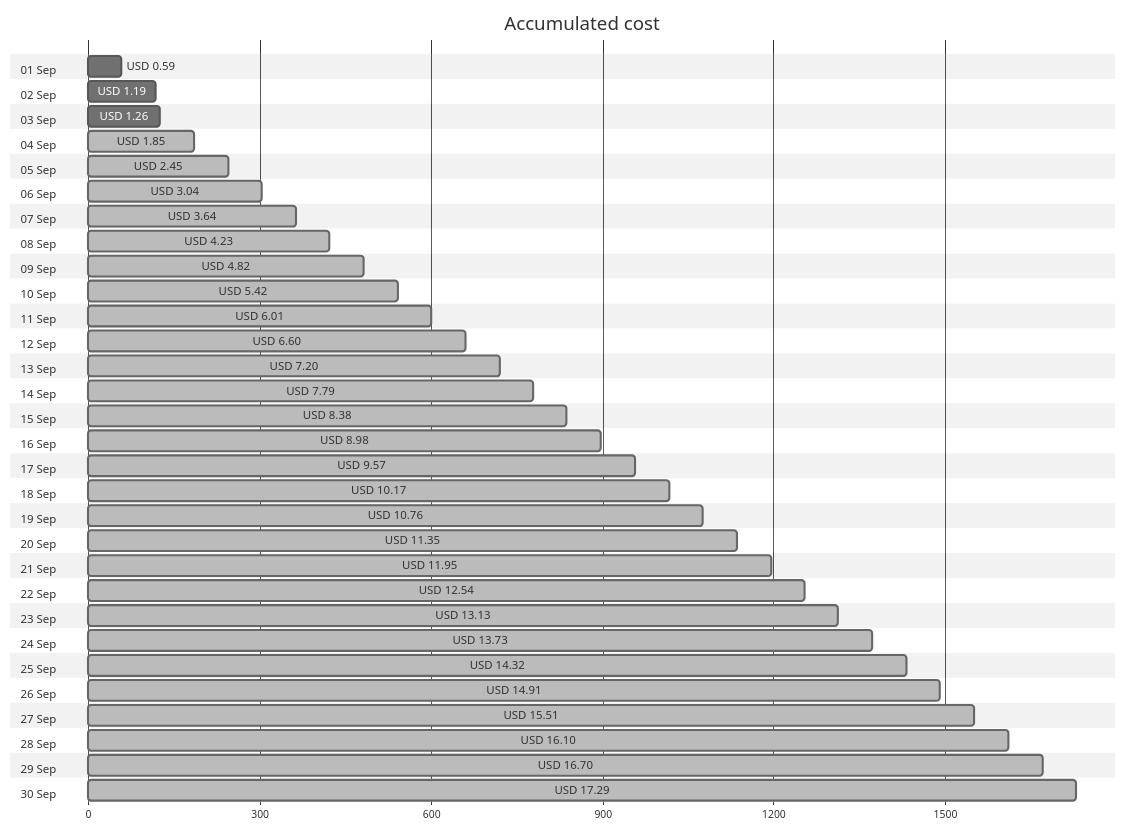
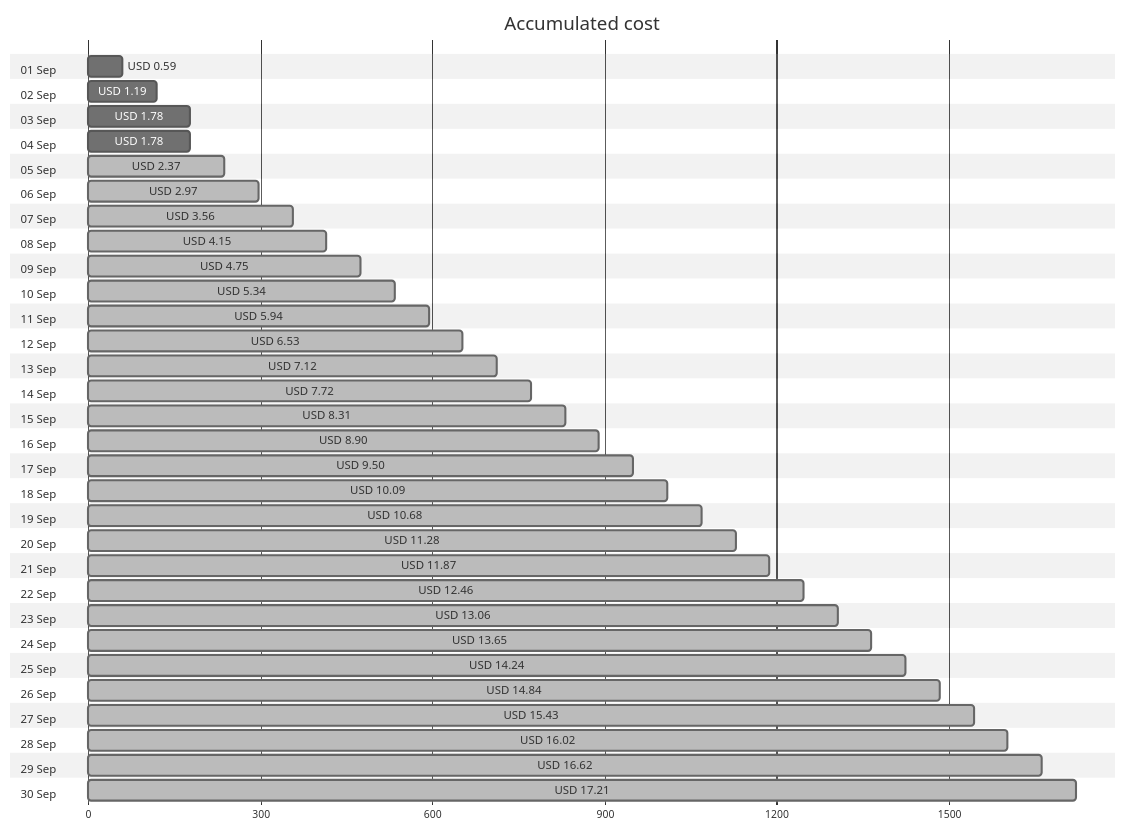
The first of 4 diagrams in cost-reports/personal-site/README.md (jpfulton/azure-personal-reports), drawn with Mermaid (neutral theme) before and after one commit. The commit also changed other lines of this file and 6 other files, not shown here.

````diff
--- a/cost-reports/personal-site/README.md
+++ b/cost-reports/personal-site/README.md
@@ -20,66 +20,66 @@
 ```mermaid
 gantt
    title Accumulated cost
    dateFormat  X
    axisFormat %s
    section 01 Sep
    USD 0.59 :0, 59
    section 02 Sep
    USD 1.19 :0, 119
    section 03 Sep
-   USD 1.26 :0, 126
+   USD 1.78 :0, 178
    section 04 Sep
-   USD 1.85 : done, 0, 185
+   USD 1.78 :0, 178
    section 05 Sep
-   USD 2.45 : done, 0, 245
+   USD 2.37 : done, 0, 237
    section 06 Sep
-   USD 3.04 : done, 0, 304
+   USD 2.97 : done, 0, 297
    section 07 Sep
-   USD 3.64 : done, 0, 364
+   USD 3.56 : done, 0, 356
    section 08 Sep
-   USD 4.23 : done, 0, 423
+   USD 4.15 : done, 0, 415
    section 09 Sep
-   USD 4.82 : done, 0, 482
+   USD 4.75 : done, 0, 475
    section 10 Sep
-   USD 5.42 : done, 0, 542
+   USD 5.34 : done, 0, 534
    section 11 Sep
-   USD 6.01 : done, 0, 601
+   USD 5.94 : done, 0, 594
    section 12 Sep
-   USD 6.60 : done, 0, 660
+   USD 6.53 : done, 0, 653
    section 13 Sep
-   USD 7.20 : done, 0, 720
+   USD 7.12 : done, 0, 712
    section 14 Sep
-   USD 7.79 : done, 0, 779
+   USD 7.72 : done, 0, 772
    section 15 Sep
-   USD 8.38 : done, 0, 838
+   USD 8.31 : done, 0, 831
    section 16 Sep
-   USD 8.98 : done, 0, 898
+   USD 8.90 : done, 0, 890
    section 17 Sep
-   USD 9.57 : done, 0, 957
+   USD 9.50 : done, 0, 950
    section 18 Sep
-   USD 10.17 : done, 0, 1017
+   USD 10.09 : done, 0, 1009
    section 19 Sep
-   USD 10.76 : done, 0, 1076
+   USD 10.68 : done, 0, 1068
    section 20 Sep
-   USD 11.35 : done, 0, 1135
+   USD 11.28 : done, 0, 1128
    section 21 Sep
-   USD 11.95 : done, 0, 1195
+   USD 11.87 : done, 0, 1187
    section 22 Sep
-   USD 12.54 : done, 0, 1254
+   USD 12.46 : done, 0, 1246
    section 23 Sep
-   USD 13.13 : done, 0, 1313
+   USD 13.06 : done, 0, 1306
    section 24 Sep
-   USD 13.73 : done, 0, 1373
+   USD 13.65 : done, 0, 1365
    section 25 Sep
-   USD 14.32 : done, 0, 1432
+   USD 14.24 : done, 0, 1424
    section 26 Sep
-   USD 14.91 : done, 0, 1491
+   USD 14.84 : done, 0, 1484
    section 27 Sep
-   USD 15.51 : done, 0, 1551
+   USD 15.43 : done, 0, 1543
    section 28 Sep
-   USD 16.10 : done, 0, 1610
+   USD 16.02 : done, 0, 1602
    section 29 Sep
-   USD 16.70 : done, 0, 1670
+   USD 16.62 : done, 0, 1662
    section 30 Sep
-   USD 17.29 : done, 0, 1729
+   USD 17.21 : done, 0, 1721
 ```
````
